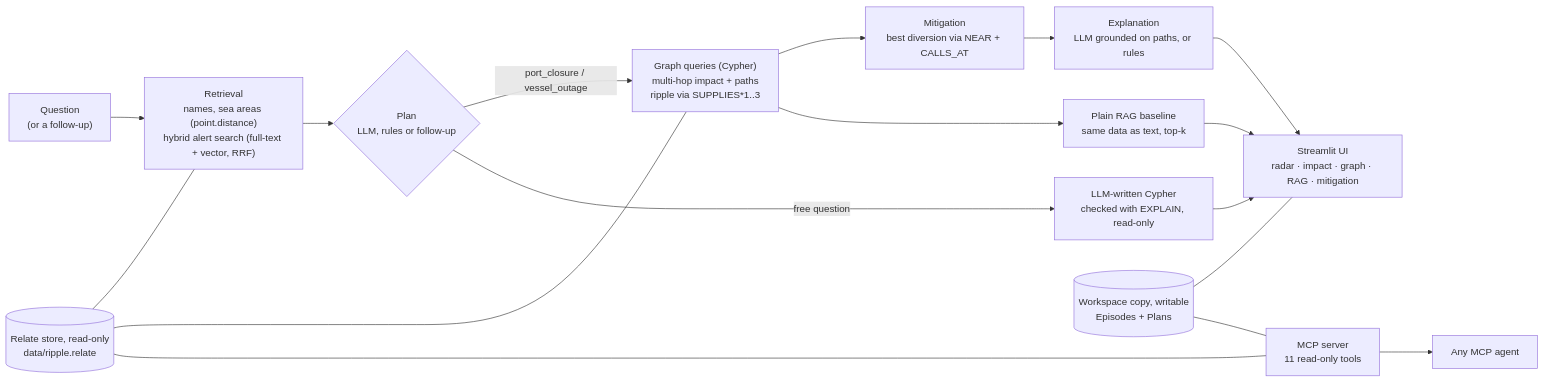
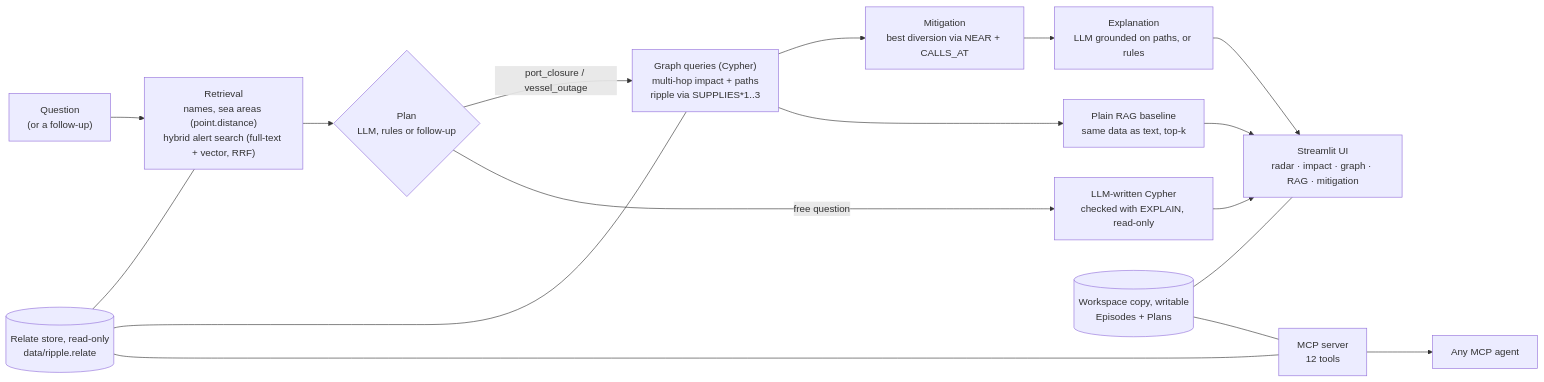
Before and after one commit to tballochi/ripple-supply-chain-agent: the first of 2 diagrams in README.md, drawn with Mermaid. The commit also changed other lines of this file and 5 other files, not shown here.

````diff
--- a/README.md
+++ b/README.md
@@ -119,19 +128,19 @@
 ```mermaid
 flowchart LR
     Q["Question<br/>(or a follow-up)"] --> R["Retrieval<br/>names, sea areas (point.distance)<br/>hybrid alert search (full-text + vector, RRF)"]
     R --> P{"Plan<br/>LLM, rules or follow-up"}
     P -->|port_closure / vessel_outage| G["Graph queries (Cypher)<br/>multi-hop impact + paths<br/>ripple via SUPPLIES*1..3"]
     P -->|free question| L["LLM-written Cypher<br/>checked with EXPLAIN, read-only"]
     G --> M["Mitigation<br/>best diversion via NEAR + CALLS_AT"]
     M --> E["Explanation<br/>LLM grounded on paths, or rules"]
     G --> B["Plain RAG baseline<br/>same data as text, top-k"]
     E --> UI["Streamlit UI<br/>radar · impact · graph · RAG · mitigation"]
     B --> UI
     L --> UI
     DB[("Relate store, read-only<br/>data/ripple.relate")] --- R
     DB --- G
     WS[("Workspace copy, writable<br/>Episodes + Plans")] --- UI
-    DB --- MCP["MCP server<br/>11 read-only tools"]
+    DB --- MCP["MCP server<br/>12 tools"]
     WS --- MCP
     MCP --> A["Any MCP agent"]
 ```
````
